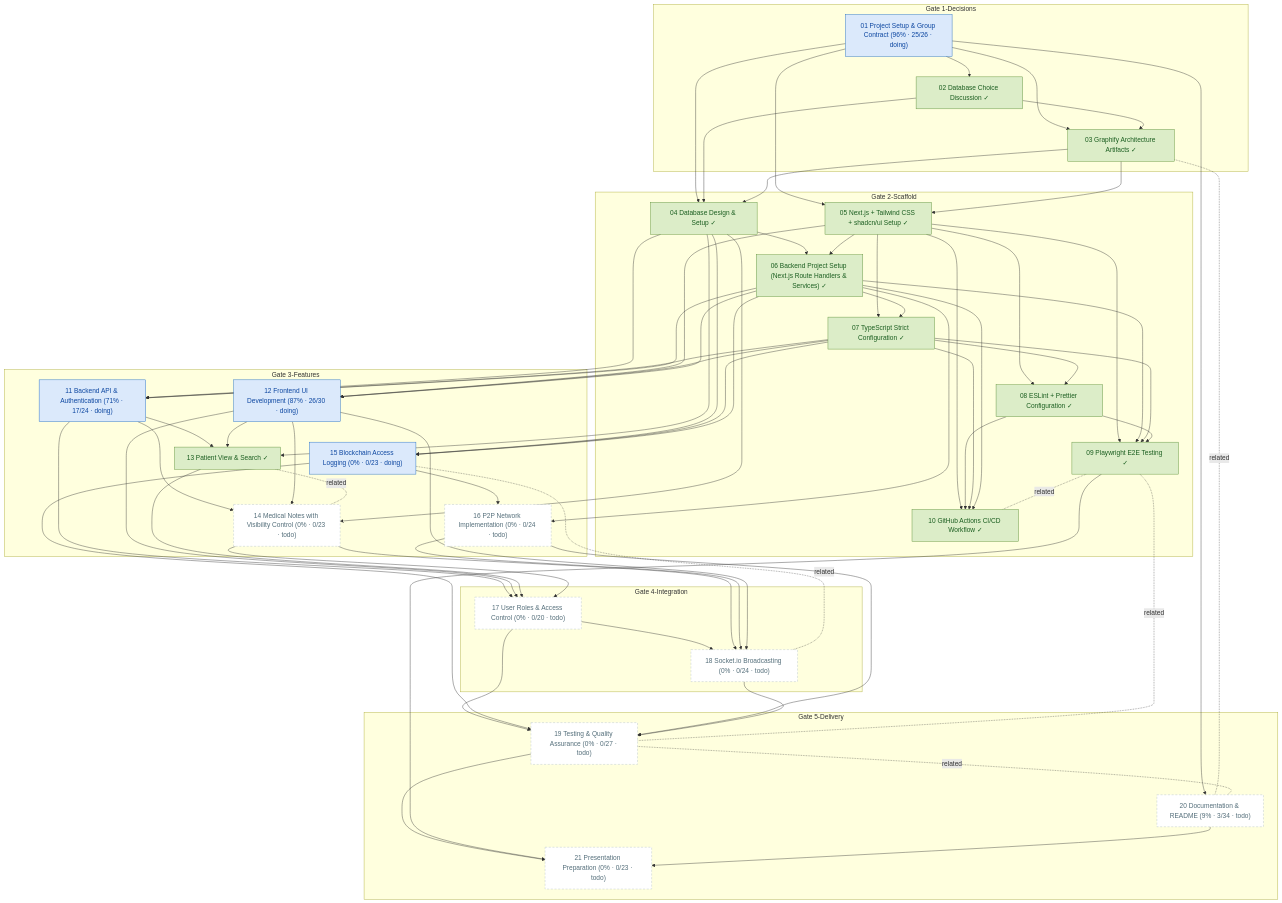
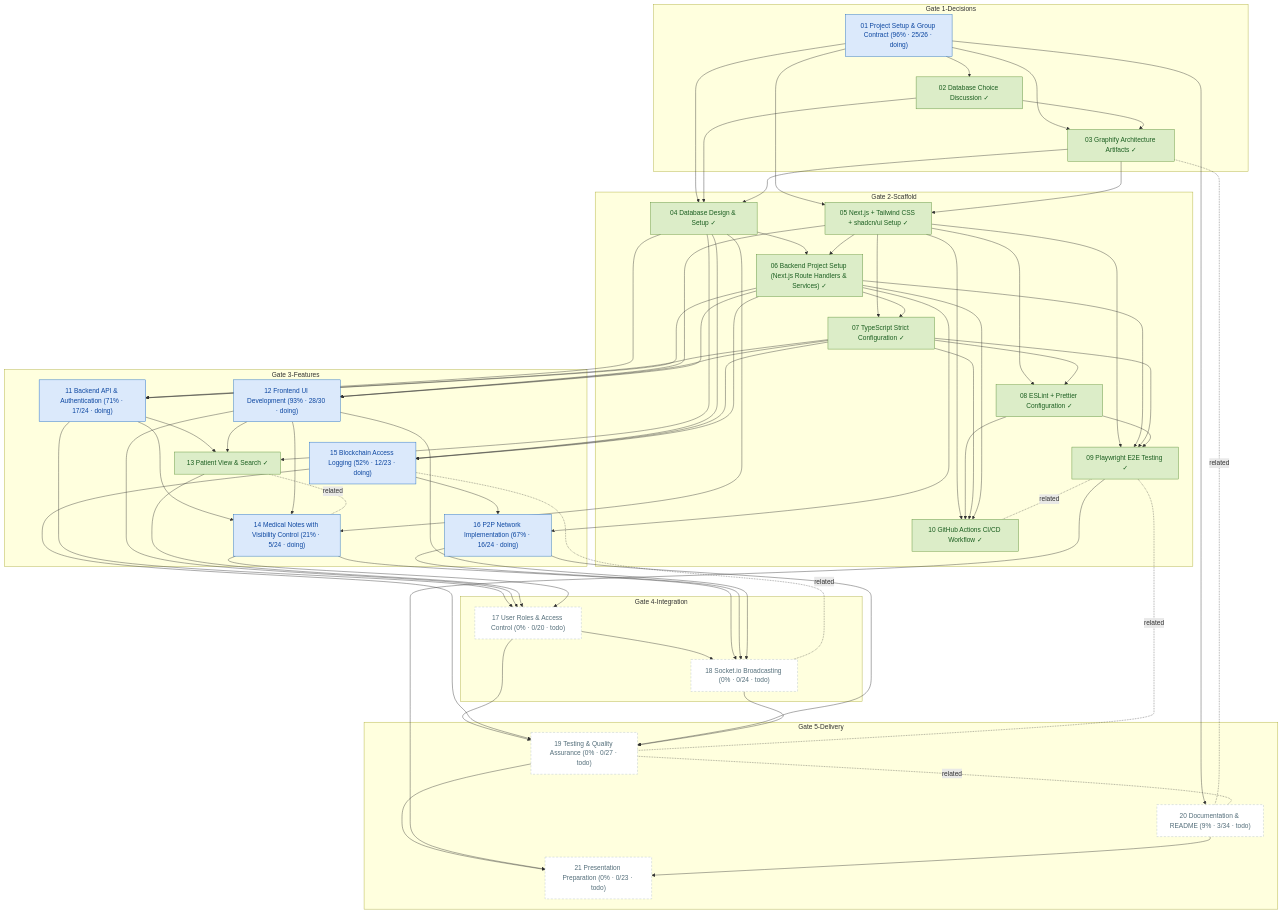
One commit to matdevstamp/inl-3-awesome-journal changed the diagram in docs/diagrams/task-dependencies.md. Above: the diagram before and after it, drawn with Mermaid. The commit also changed 5 other files, not shown here.

First line of the commit message:
docs: audit task checkboxes against main and open PRs #32/#33; regenerate diagrams

```diff
--- a/docs/diagrams/task-dependencies.md
+++ b/docs/diagrams/task-dependencies.md
@@ -45,11 +45,11 @@
     end
     subgraph features["Gate 3-Features"]
     T11["11 Backend API & Authentication (71% · 17/24 · doing)"]
-    T12["12 Frontend UI Development (87% · 26/30 · doing)"]
+    T12["12 Frontend UI Development (93% · 28/30 · doing)"]
     T13["13 Patient View & Search ✓"]
-    T14["14 Medical Notes with Visibility Control (0% · 0/23 · todo)"]
-    T15["15 Blockchain Access Logging (0% · 0/23 · doing)"]
-    T16["16 P2P Network Implementation (0% · 0/24 · todo)"]
+    T14["14 Medical Notes with Visibility Control (21% · 5/24 · doing)"]
+    T15["15 Blockchain Access Logging (52% · 12/23 · doing)"]
+    T16["16 P2P Network Implementation (67% · 16/24 · doing)"]
     end
     subgraph integration["Gate 4-Integration"]
     T17["17 User Roles & Access Control (0% · 0/20 · todo)"]
@@ -137,9 +137,9 @@
     class T11 doing;
     class T12 doing;
     class T13 done;
-    class T14 todo;
+    class T14 doing;
     class T15 doing;
-    class T16 todo;
+    class T16 doing;
     class T17 todo;
     class T18 todo;
     class T19 todo;
```
